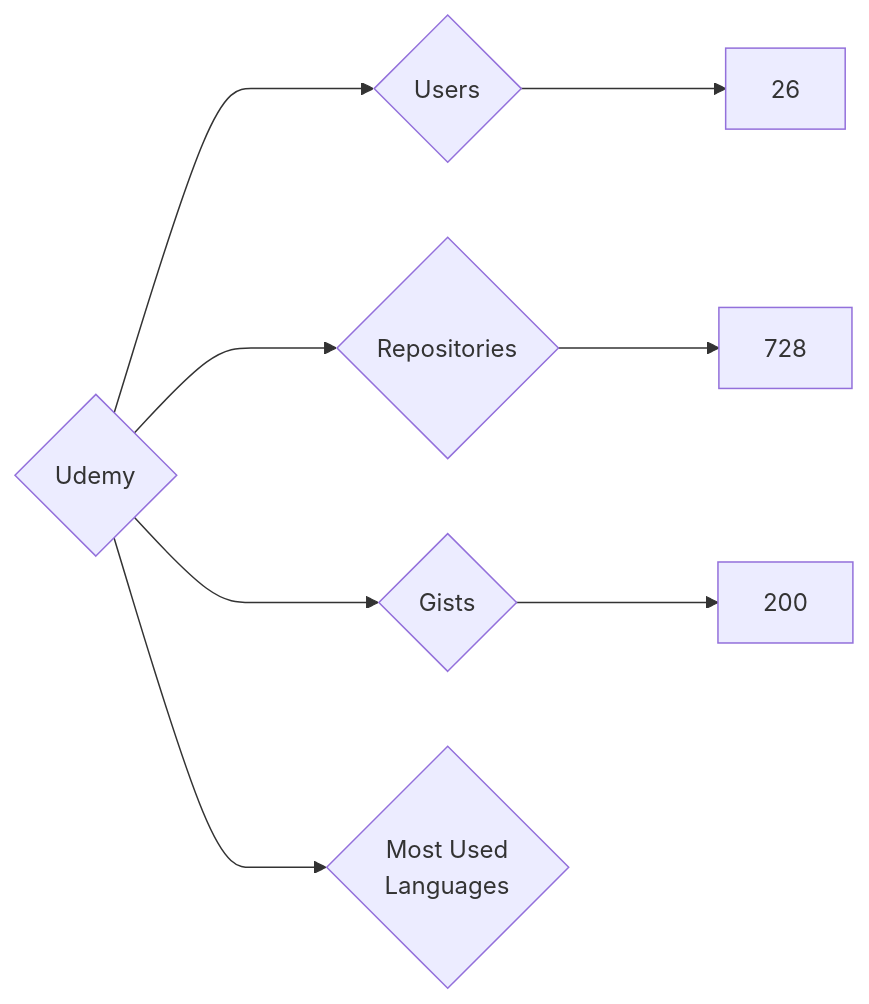
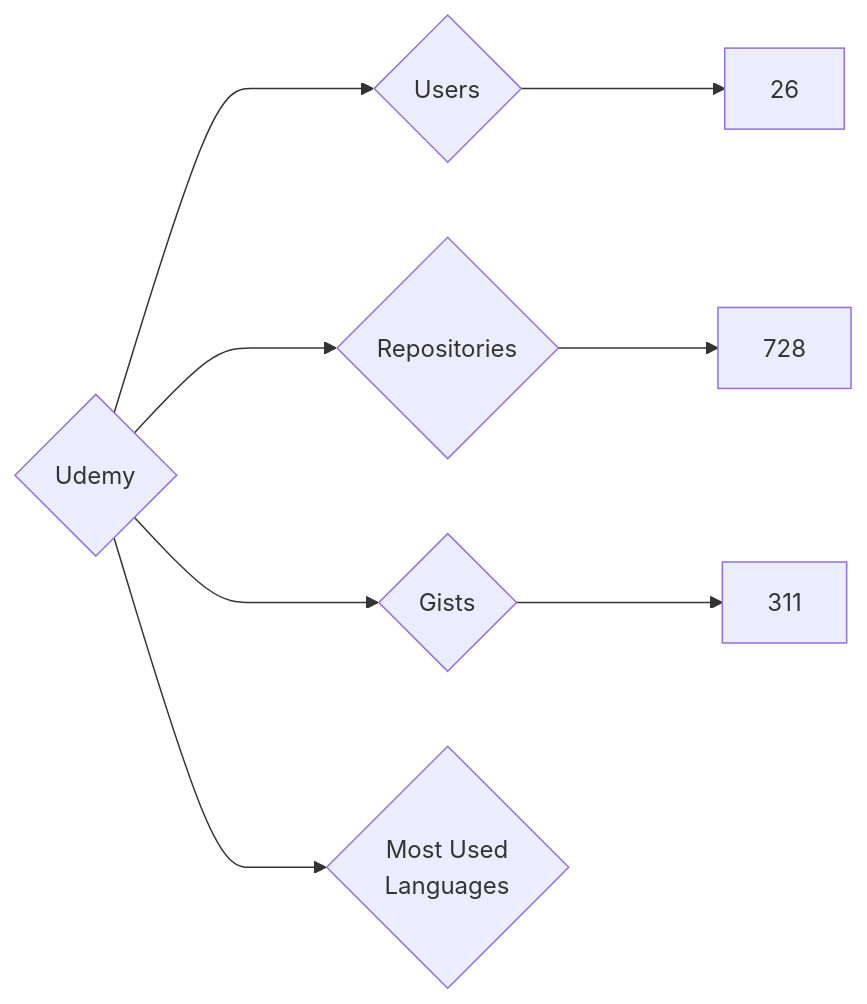
One commit to nenadzaric/insiders changed the diagram in targets/Udemy/README.md. Above: the diagram before and after it, drawn with Mermaid. The commit also changed 1342 other files, not shown here.

````diff
--- a/targets/Udemy/README.md
+++ b/targets/Udemy/README.md
@@ -3,8 +3,8 @@
 ```mermaid
 graph LR
 COMPANY_NAME{Udemy}
 COMPANY_NAME ---> U{Users} ---> UN[26]
 COMPANY_NAME ---> R{Repositories} ---> RN[728]
-COMPANY_NAME ---> G{Gists} ---> GN[200]
+COMPANY_NAME ---> G{Gists} ---> GN[311]
 COMPANY_NAME ---> ML{Most Used<br>Languages}
 ```
````
